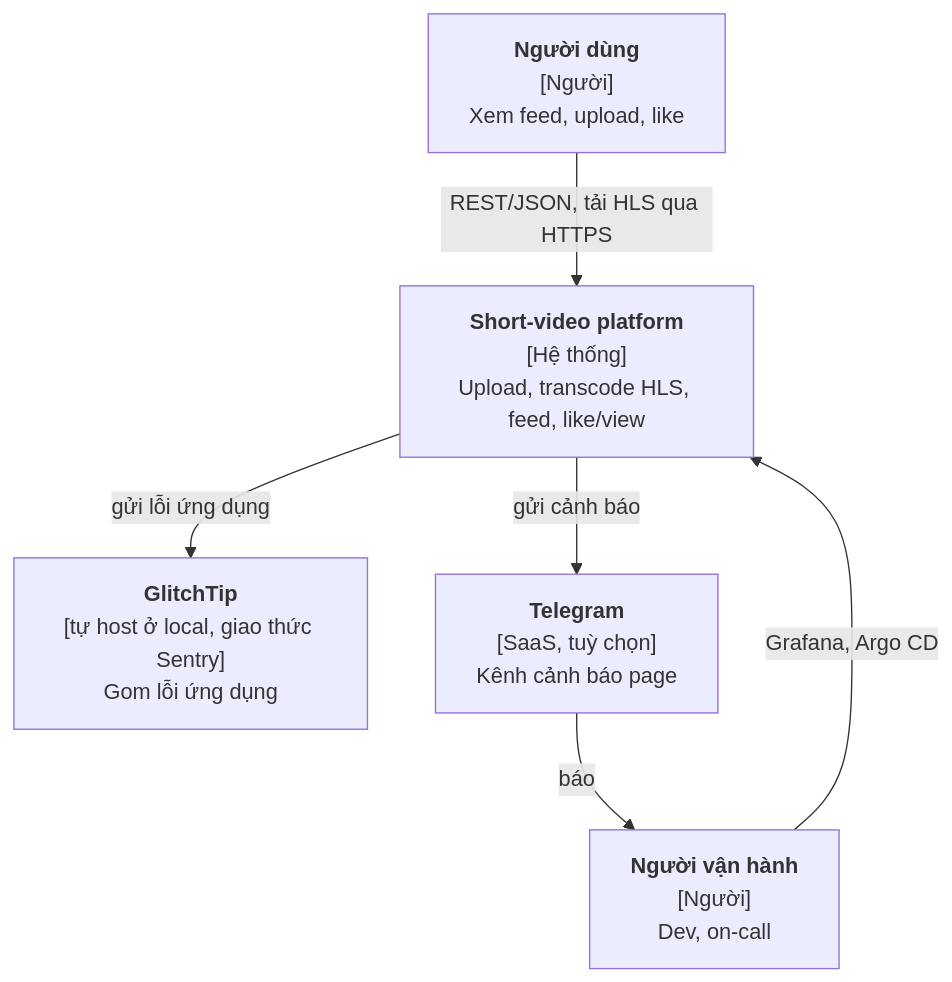
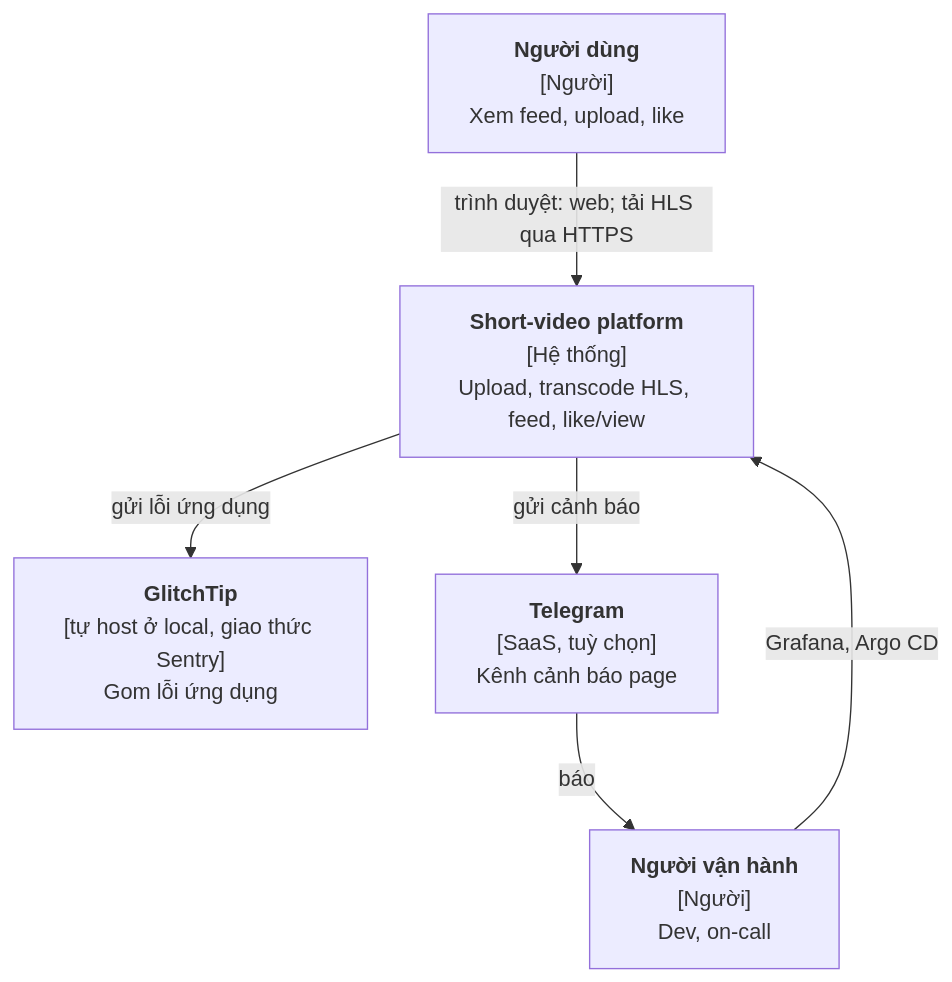
One commit to anhnvcoder/short-video-platform changed the first of 7 diagrams in docs/architecture.md. Above: the diagram before and after it, drawn with Mermaid. The commit also changed other lines of this file and 203 other files, not shown here.

````diff
--- a/docs/architecture.md
+++ b/docs/architecture.md
@@ -118,14 +123,14 @@
 ```mermaid
 flowchart TB
     user["<b>Người dùng</b><br/>[Người]<br/>Xem feed, upload, like"]
     ops["<b>Người vận hành</b><br/>[Người]<br/>Dev, on-call"]
     svp["<b>Short-video platform</b><br/>[Hệ thống]<br/>Upload, transcode HLS, feed, like/view"]
     sentry["<b>GlitchTip</b><br/>[tự host ở local, giao thức Sentry]<br/>Gom lỗi ứng dụng"]
     chat["<b>Telegram</b><br/>[SaaS, tuỳ chọn]<br/>Kênh cảnh báo page"]
 
-    user -->|"REST/JSON, tải HLS qua HTTPS"| svp
+    user -->|"trình duyệt: web; tải HLS qua HTTPS"| svp
     ops -->|"Grafana, Argo CD"| svp
     svp -->|"gửi lỗi ứng dụng"| sentry
     svp -->|"gửi cảnh báo"| chat
     chat -->|"báo"| ops
 ```
````
